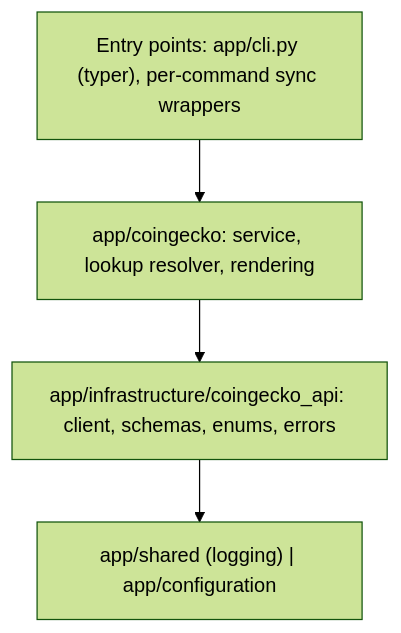
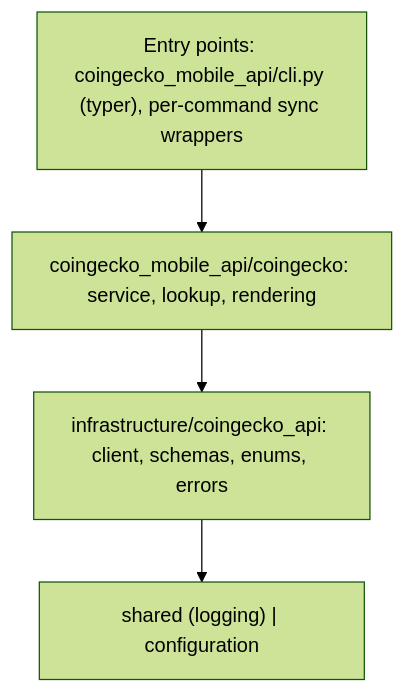
Before and after one commit to 7331/coingecko-mobile-api: the diagram in ARCHITECTURE.md, drawn with Mermaid (forest theme). The commit also changed other lines of this file and 26 other files, not shown here.

````diff
--- a/ARCHITECTURE.md
+++ b/ARCHITECTURE.md
@@ -9,6 +9,6 @@
 ```mermaid
 flowchart TD
-    entry["Entry points: app/cli.py (typer), per-command sync wrappers"] --> domain["app/coingecko: service, lookup resolver, rendering"]
-    domain --> infra["app/infrastructure/coingecko_api: client, schemas, enums, errors"]
-    infra --> shared["app/shared (logging) | app/configuration"]
+    entry["Entry points: coingecko_mobile_api/cli.py (typer), per-command sync wrappers"] --> domain["coingecko_mobile_api/coingecko: service, lookup, rendering"]
+    domain --> infra["infrastructure/coingecko_api: client, schemas, enums, errors"]
+    infra --> shared["shared (logging) | configuration"]
 ```
````
